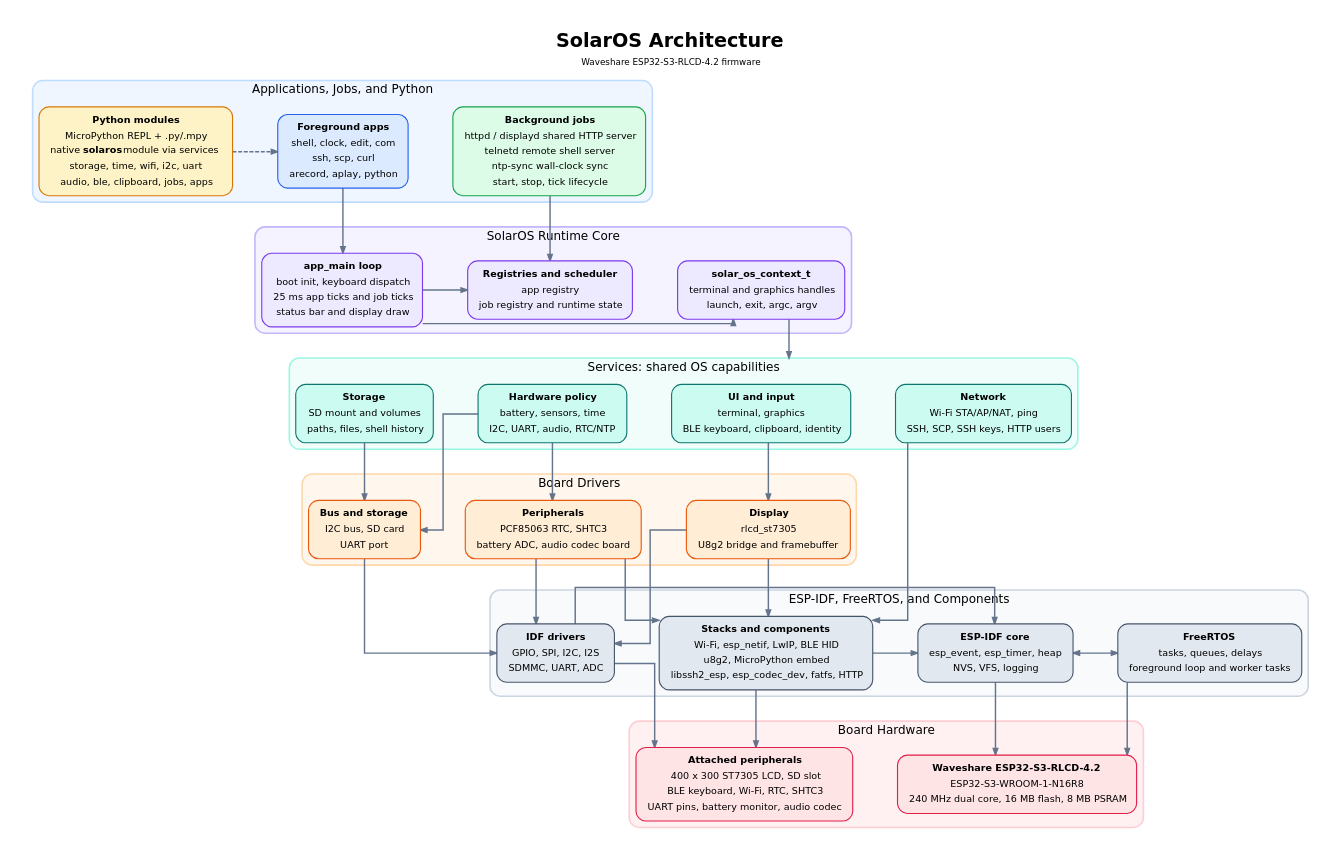
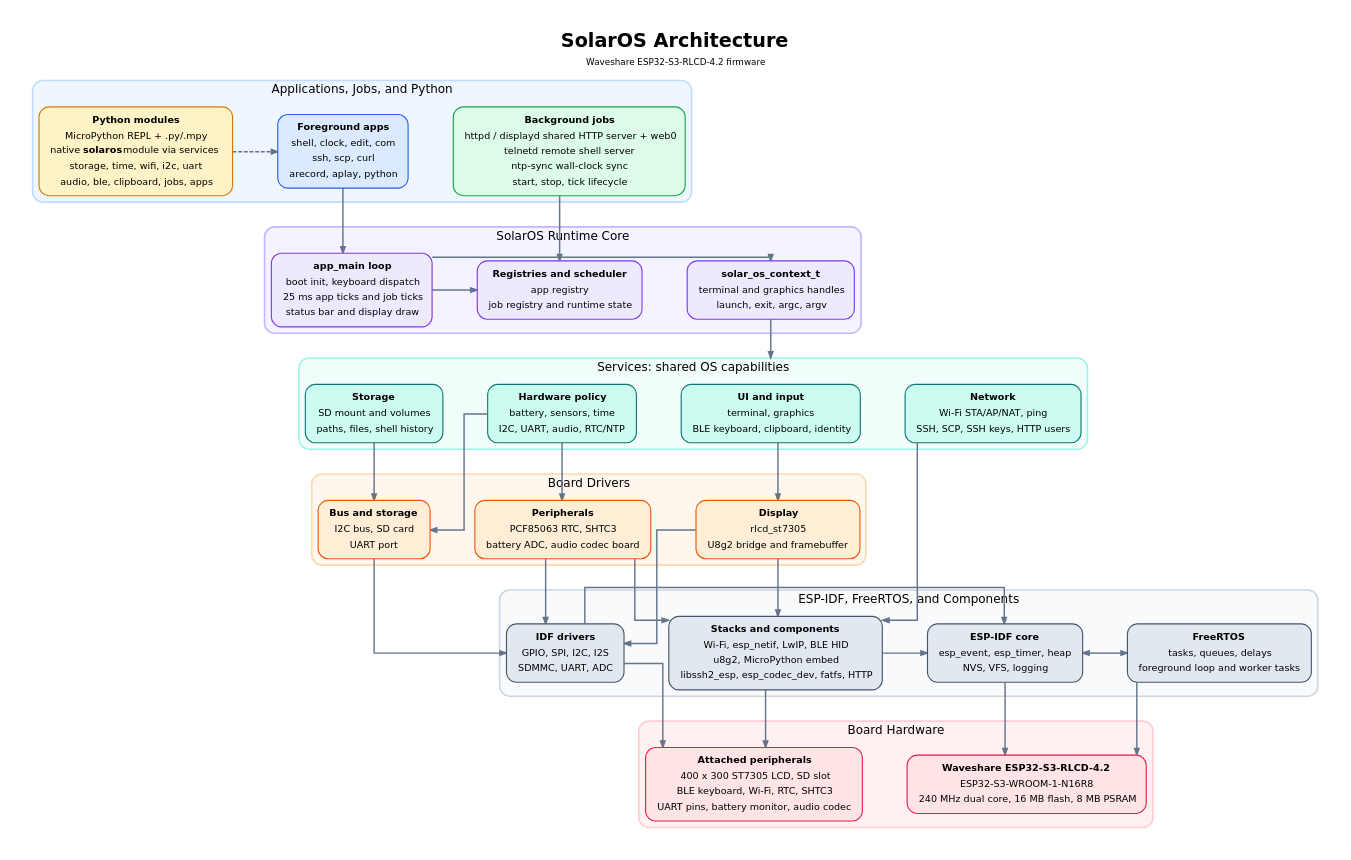
Before and after one commit to metegokhan/sol_os_gui: the diagram in doc/solar_os_architecture.dot, drawn with Graphviz. The commit also changed 14 other files, not shown here.

```diff
--- a/doc/solar_os_architecture.dot
+++ b/doc/solar_os_architecture.dot
@@ -61,7 +61,7 @@
             label=<
                 <TABLE BORDER="0" CELLBORDER="0" CELLSPACING="2">
                     <TR><TD><B>Background jobs</B></TD></TR>
-                    <TR><TD>httpd / displayd shared HTTP server</TD></TR>
+                    <TR><TD>httpd / displayd shared HTTP server + web0</TD></TR>
                     <TR><TD>telnetd remote shell server</TD></TR>
                     <TR><TD>ntp-sync wall-clock sync</TD></TR>
                     <TR><TD>start, stop, tick lifecycle</TD></TR>
```
